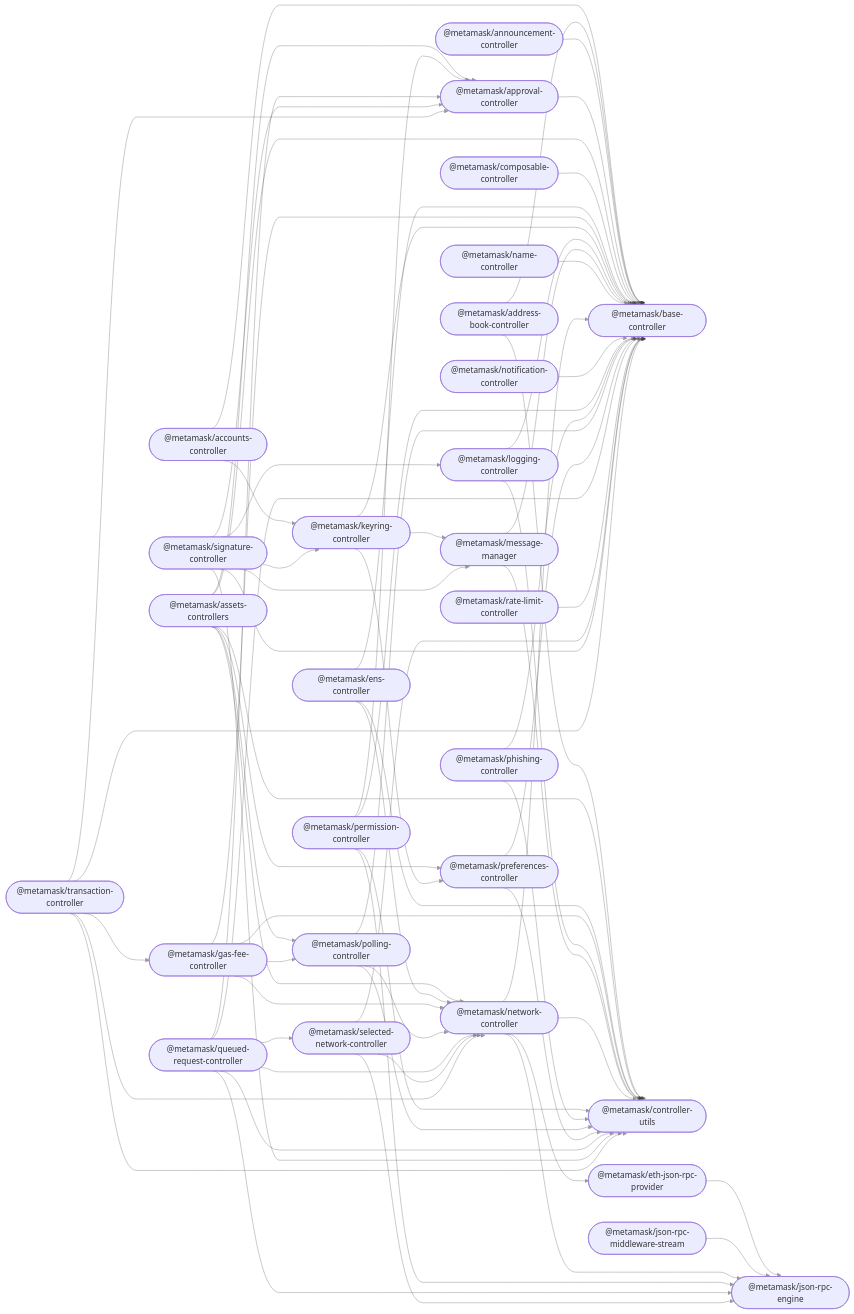
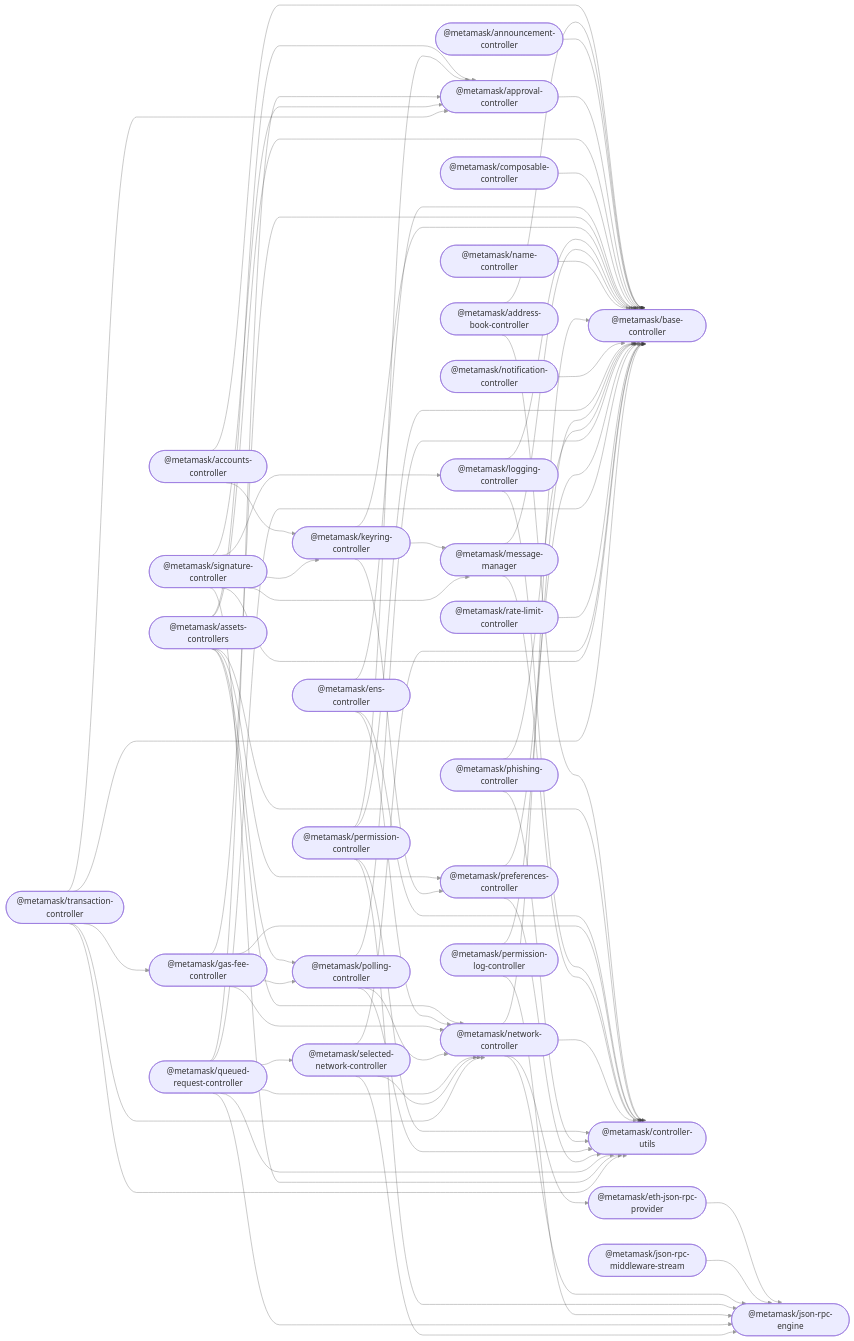
The diagram in README.md (MetaMask/core), drawn with Mermaid before and after one commit. The commit also changed other lines of this file and 18 other files, not shown here.

First line of the commit message:
Import permission log controller (#1871)

```diff
--- a/README.md
+++ b/README.md
@@ -63,6 +64,7 @@
   network_controller(["@metamask/network-controller"]);
   notification_controller(["@metamask/notification-controller"]);
   permission_controller(["@metamask/permission-controller"]);
+  permission_log_controller(["@metamask/permission-log-controller"]);
   phishing_controller(["@metamask/phishing-controller"]);
   polling_controller(["@metamask/polling-controller"]);
   preferences_controller(["@metamask/preferences-controller"]);
@@ -110,6 +112,8 @@
   permission_controller --> base_controller;
   permission_controller --> controller_utils;
   permission_controller --> json_rpc_engine;
+  permission_log_controller --> base_controller;
+  permission_log_controller --> json_rpc_engine;
   phishing_controller --> base_controller;
   phishing_controller --> controller_utils;
   polling_controller --> base_controller;
```
